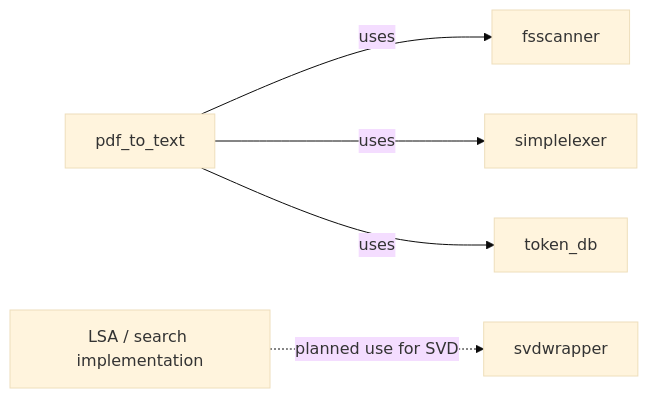
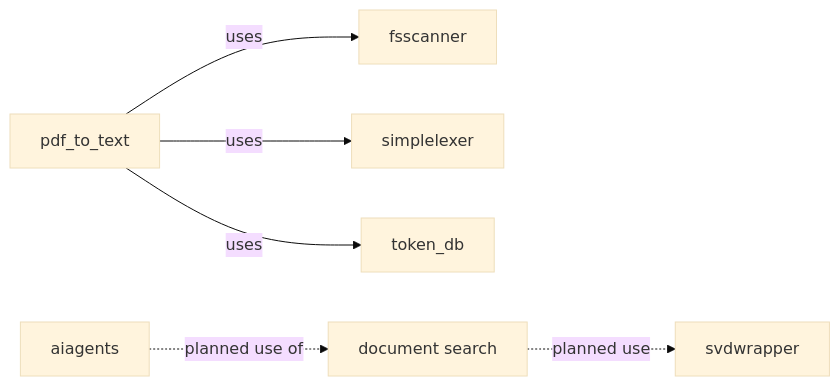
One commit to witold-k/witold-k changed the fourth of 6 diagrams in README.md. Above: the diagram before and after it, drawn with Mermaid (base theme). The commit also changed other lines of this file, not shown here.

Commit message:
Generalize document matrix stage and show future AI integration

````diff
--- a/README.md
+++ b/README.md
@@ -68,7 +71,8 @@
 ```mermaid
 flowchart LR
     P[pdf_to_text] -->|uses| FS[fsscanner]
     P -->|uses| LX[simplelexer]
     P -->|uses| T[token_db]
-    SEARCH[LSA / search implementation] -.->|planned use for SVD| SVD[svdwrapper]
+    SEARCH[document search] -.->|planned use| SVD[svdwrapper]
+    A[aiagents] -.->|planned use of| SEARCH
 ```
````
